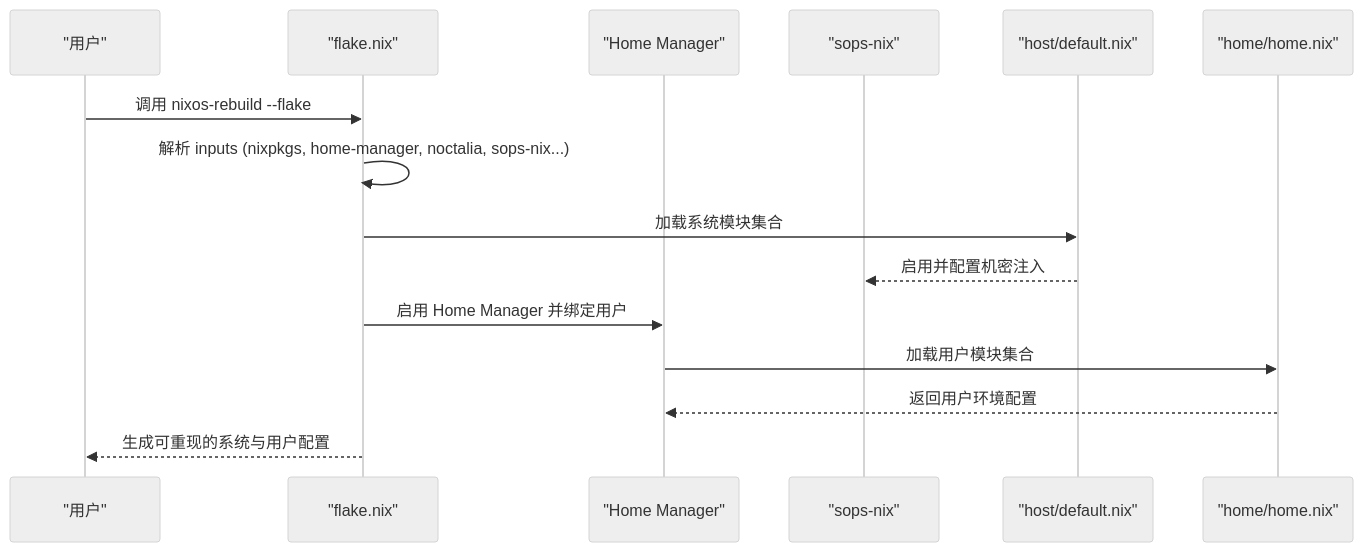
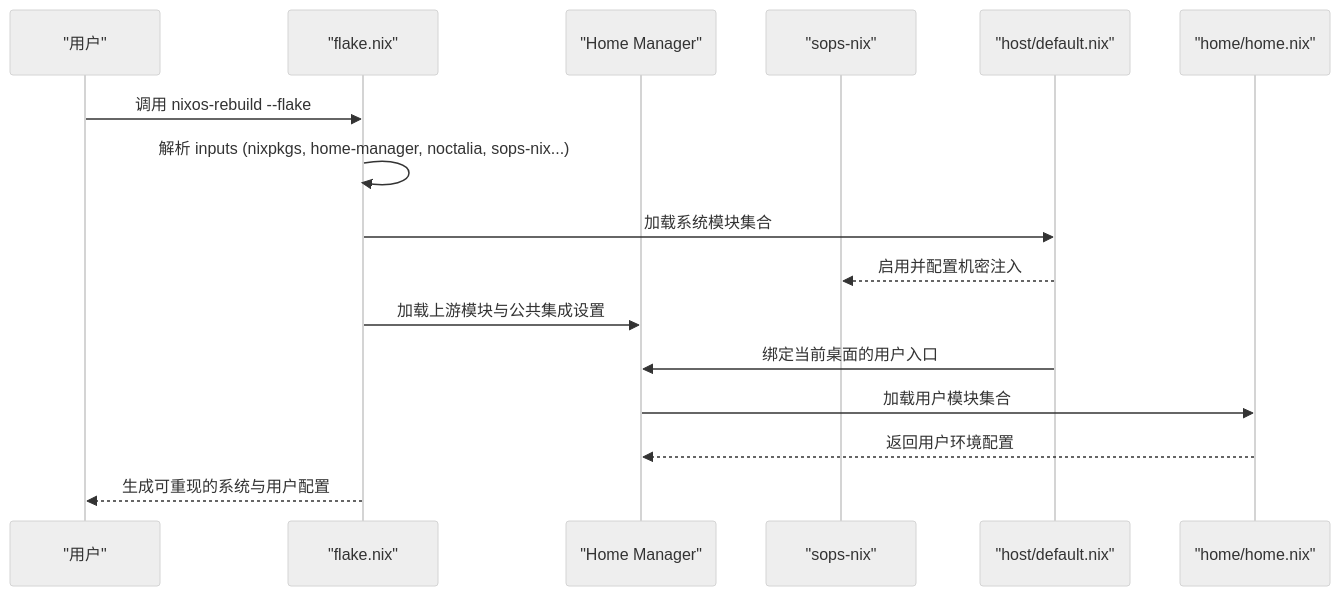
One commit to Shangshui0302/myNixOSConfig changed the third of 3 diagrams in wiki/architecture/flake.md. Above: the diagram before and after it, drawn with Mermaid (neutral theme). The commit also changed other lines of this file and 11 other files, not shown here.

Commit message:
refactor(config): centralize Home Manager and repository checks

````diff
--- a/wiki/architecture/flake.md
+++ b/wiki/architecture/flake.md
@@ -87,17 +121,18 @@
 ```mermaid
 sequenceDiagram
 participant User as "用户"
 participant Flake as "flake.nix"
 participant HM as "Home Manager"
 participant SOPS as "sops-nix"
 participant Host as "host/default.nix"
 participant Home as "home/home.nix"
 User->>Flake : 调用 nixos-rebuild --flake
 Flake->>Flake : 解析 inputs (nixpkgs, home-manager, noctalia, sops-nix...)
 Flake->>Host : 加载系统模块集合
 Host-->>SOPS : 启用并配置机密注入
-Flake->>HM : 启用 Home Manager 并绑定用户
+Flake->>HM : 加载上游模块与公共集成设置
+Host->>HM : 绑定当前桌面的用户入口
 HM->>Home : 加载用户模块集合
 Home-->>HM : 返回用户环境配置
 Flake-->>User : 生成可重现的系统与用户配置
 ```
````
